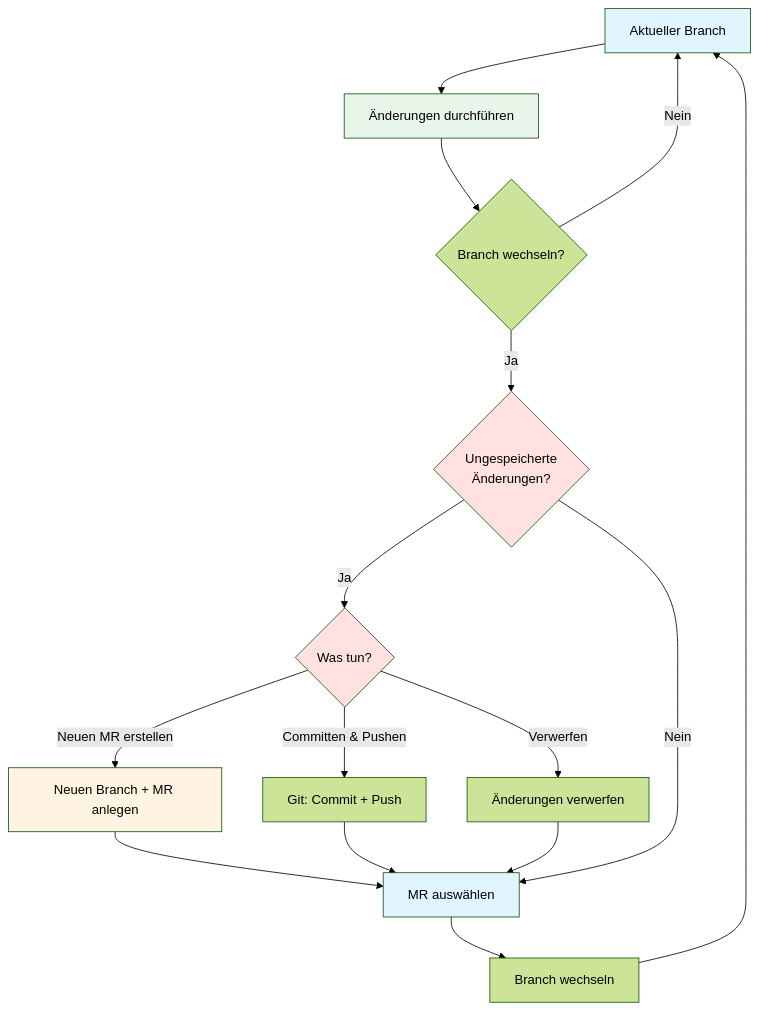
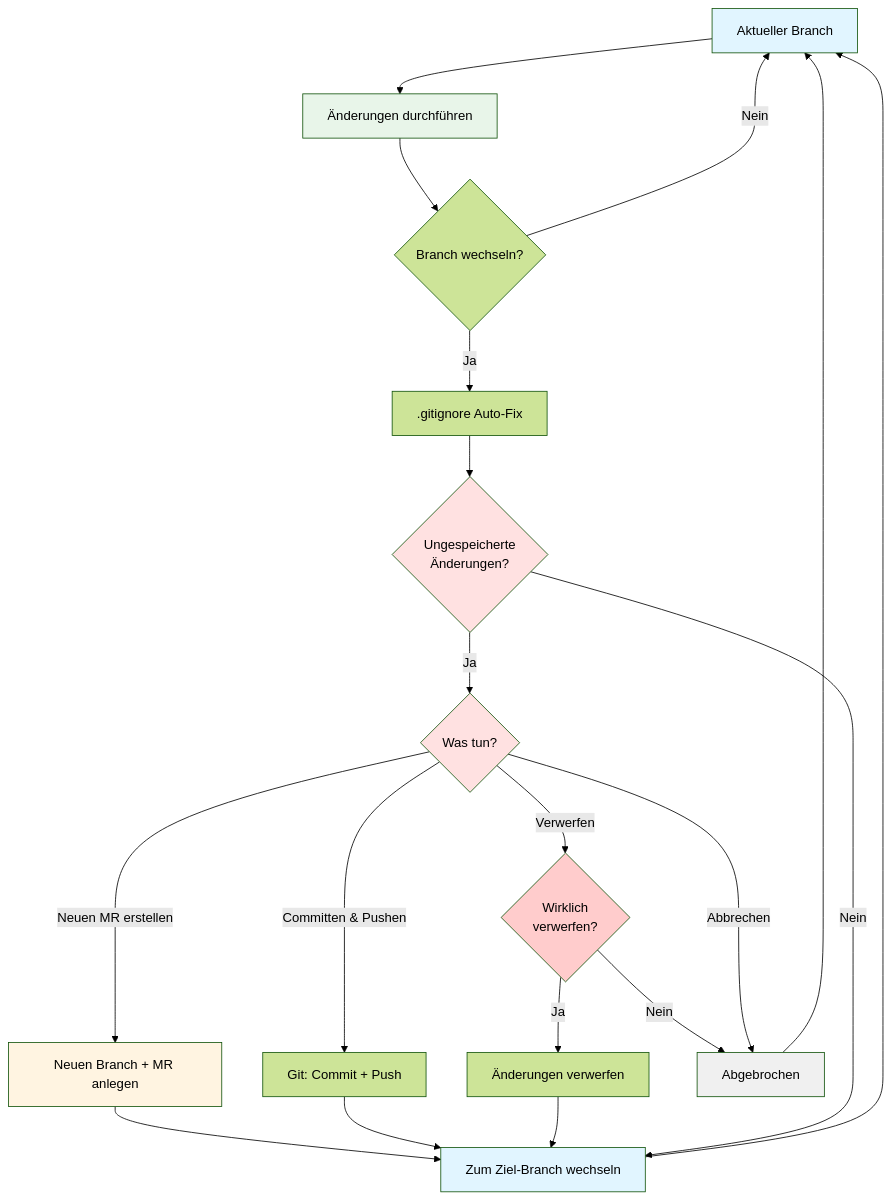
The diagram in README.md (meinjens/gitlabvault), drawn with Mermaid (forest theme) before and after one commit. The commit also changed other lines of this file, not shown here.

Commit message:
docs: update workflow diagram to match implementation
- Add missing "Cancel" option in decision flow
- Show double confirmation for discard action
- Include .gitignore auto-fix step
- Update text to mention all 4 options
- Add visual distinction for safety confirmation

🤖 Generated with [Claude Code](https://claude.com/claude-code)

````diff
--- a/README.md
+++ b/README.md
@@ -89,26 +89,32 @@
 ```mermaid
 graph TD
     A[Aktueller Branch] --> B[Änderungen durchführen]
     B --> C{Branch wechseln?}
-    C -->|Ja| D{Ungespeicherte<br/>Änderungen?}
-    D -->|Ja| E{Was tun?}
-    E -->|Neuen MR erstellen| F[Neuen Branch + MR anlegen]
-    E -->|Committen & Pushen| G[Git: Commit + Push]
-    E -->|Verwerfen| H[Änderungen verwerfen]
-    F --> I[MR auswählen]
-    G --> I
-    H --> I
-    I --> J[Branch wechseln]
-    J --> A
-    D -->|Nein| I
+    C -->|Ja| D[.gitignore Auto-Fix]
+    D --> E{Ungespeicherte<br/>Änderungen?}
+    E -->|Ja| F{Was tun?}
+    F -->|Neuen MR erstellen| G[Neuen Branch + MR anlegen]
+    F -->|Committen & Pushen| H[Git: Commit + Push]
+    F -->|Verwerfen| I{Wirklich<br/>verwerfen?}
+    I -->|Ja| J[Änderungen verwerfen]
+    I -->|Nein| K[Abgebrochen]
+    F -->|Abbrechen| K
+    G --> L[Zum Ziel-Branch wechseln]
+    H --> L
+    J --> L
+    K --> A
+    L --> A
+    E -->|Nein| L
     C -->|Nein| A
 
     style A fill:#e1f5ff
     style B fill:#e8f5e9
-    style D fill:#ffe1e1
     style E fill:#ffe1e1
-    style F fill:#fff4e1
-    style I fill:#e1f5ff
+    style F fill:#ffe1e1
+    style I fill:#ffcccc
+    style G fill:#fff4e1
+    style L fill:#e1f5ff
+    style K fill:#f0f0f0
 
     classDef action fill:#fff,stroke:#333,stroke-width:2px
 ```
````
